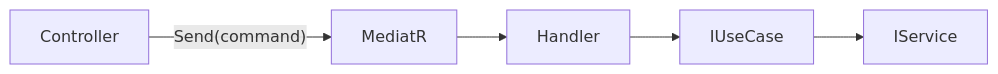
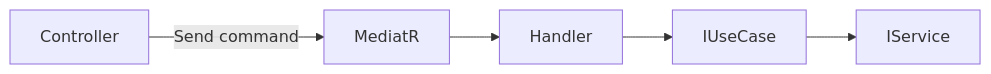
Before and after one commit to ahmed-aliii/ElectroPi-Assessment-Task: the fourth of 7 diagrams in README.md, drawn with Mermaid. The commit also changed other lines of this file, not shown here.

````diff
--- a/README.md
+++ b/README.md
@@ -184,7 +194,7 @@
 ```mermaid
 flowchart LR
-    Controller -->|"Send(command)"| MediatR
-    MediatR --> Handler
-    Handler --> IUseCase
-    IUseCase --> IService
+    controllerNode[Controller] -->|"Send command"| mediatorNode[MediatR]
+    mediatorNode --> handlerNode[Handler]
+    handlerNode --> useCaseNode[IUseCase]
+    useCaseNode --> serviceNode[IService]
 ```
````
